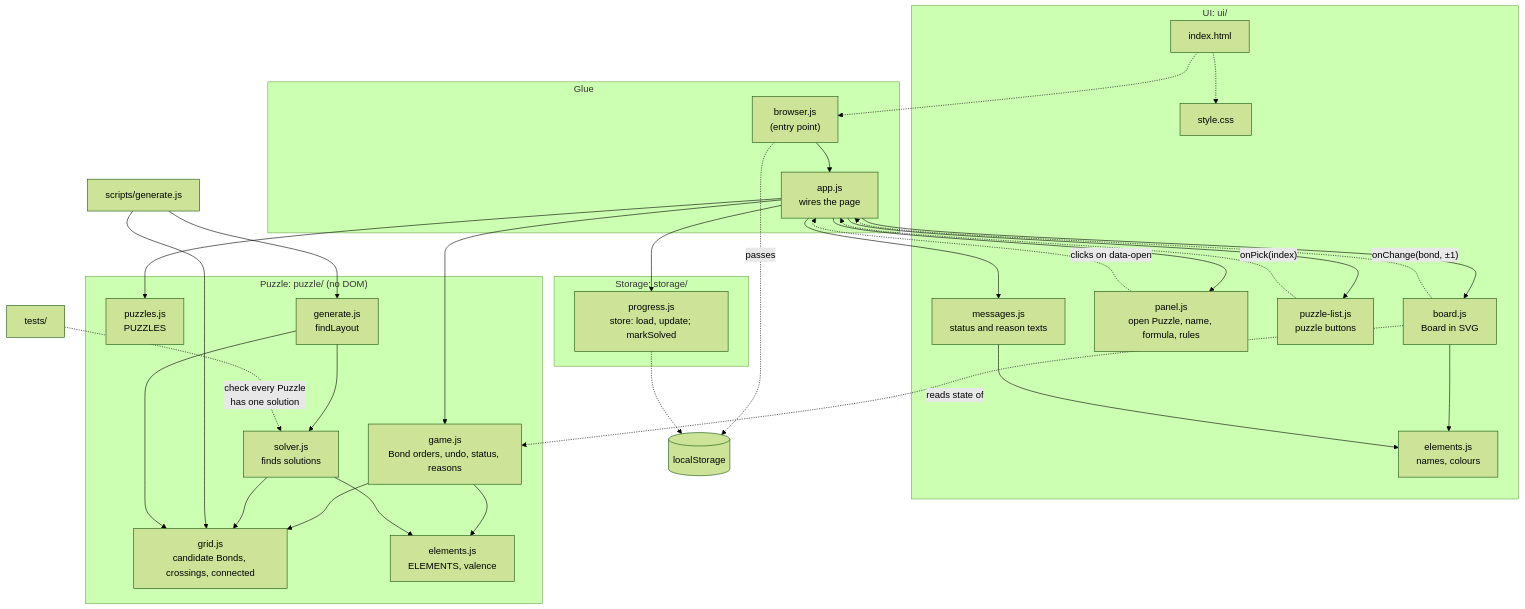
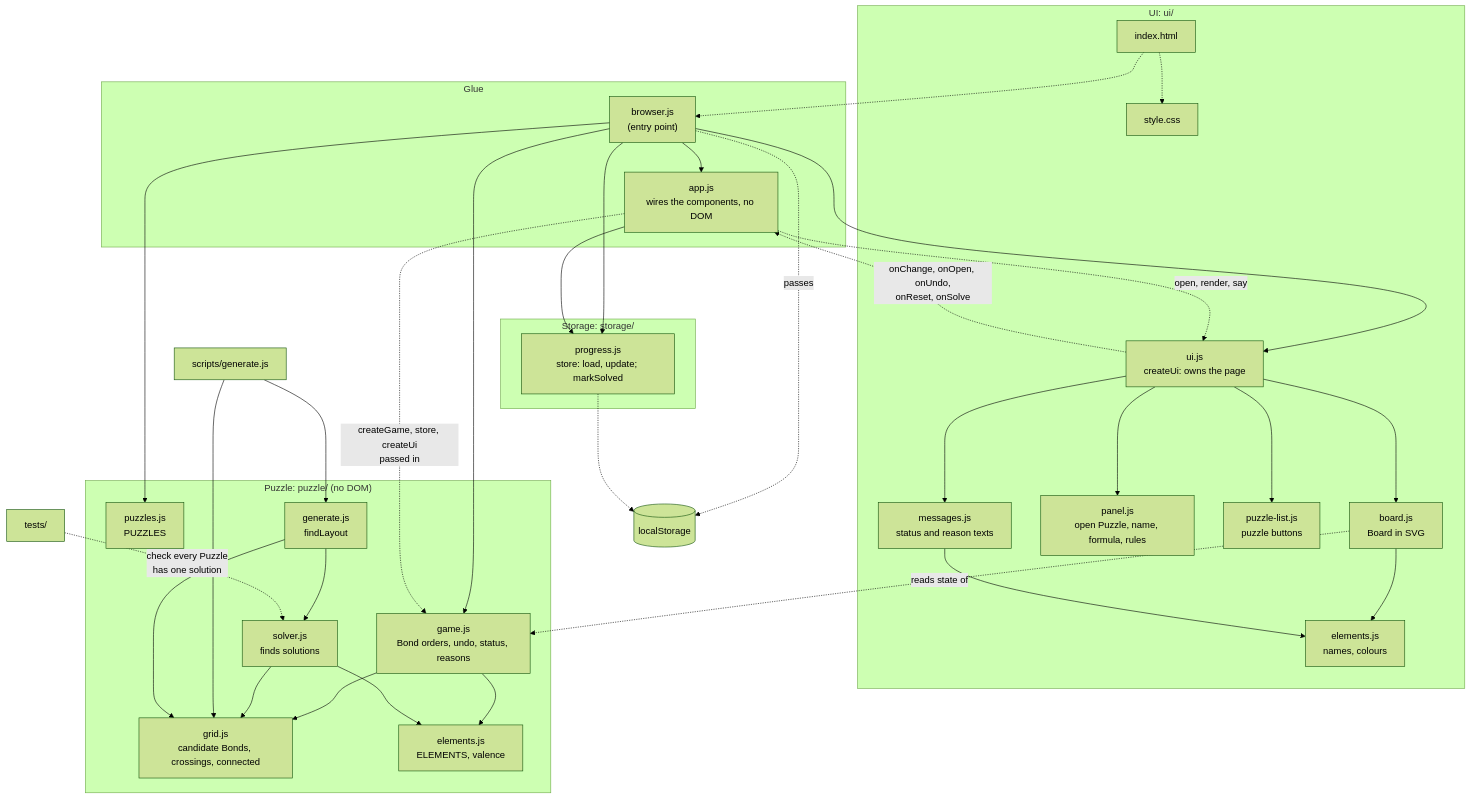
One commit to treetopbottle/molecuzzle changed the diagram in README.md. Above: the diagram before and after it, drawn with Mermaid (forest theme). The commit also changed other lines of this file and 4 other files, not shown here.

First line of the commit message:
feat: the UI as one component, createUi, and app.js as Glue with no DOM

````diff
--- a/README.md
+++ b/README.md
@@ -54,67 +54,70 @@
 ```mermaid
 flowchart TD
   subgraph glue["Glue"]
     browser["browser.js<br/>(entry point)"]
-    app["app.js<br/>wires the page"]
+    app["app.js<br/>wires the components, no DOM"]
   end
 
   subgraph ui["UI: ui/"]
     html["index.html"]
     css["style.css"]
+    uijs["ui.js<br/>createUi: owns the page"]
     board["board.js<br/>Board in SVG"]
     panel["panel.js<br/>open Puzzle, name, formula, rules"]
     list["puzzle-list.js<br/>puzzle buttons"]
     messages["messages.js<br/>status and reason texts"]
     looks["elements.js<br/>names, colours"]
   end
 
   subgraph puzzle["Puzzle: puzzle/ (no DOM)"]
     puzzles["puzzles.js<br/>PUZZLES"]
     game["game.js<br/>Bond orders, undo, status, reasons"]
     grid["grid.js<br/>candidate Bonds, crossings, connected"]
     solver["solver.js<br/>finds solutions"]
     gen["generate.js<br/>findLayout"]
     elements["elements.js<br/>ELEMENTS, valence"]
   end
 
   subgraph storage["Storage: storage/"]
     progress["progress.js<br/>store: load, update; markSolved"]
   end
 
   local[("localStorage")]
   generate["scripts/generate.js"]
   tests["tests/"]
 
   html -.-> css
   html -.-> browser
   browser --> app
+  browser --> puzzles
+  browser --> game
+  browser --> progress
+  browser --> uijs
   browser -. "passes" .-> local
 
-  app --> puzzles
-  app --> game
-  app --> board
-  app --> panel
-  app --> list
-  app --> messages
   app --> progress
+  app -. "createGame, store, createUi<br/>passed in" .-> game
+  app -. "open, render, say" .-> uijs
+  uijs -. "onChange, onOpen, onUndo,<br/>onReset, onSolve" .-> app
 
+  uijs --> board
+  uijs --> panel
+  uijs --> list
+  uijs --> messages
   board --> looks
   messages --> looks
-  board -. "onChange(bond, ±1)" .-> app
   board -. "reads state of" .-> game
-  list -. "onPick(index)" .-> app
-  panel -. "clicks on data-open" .-> app
 
   game --> elements
   game --> grid
   solver --> elements
   solver --> grid
 
   progress -.-> local
 
   generate --> gen
   generate --> grid
   gen --> grid
   gen --> solver
   tests -. "check every Puzzle<br/>has one solution" .-> solver
 ```
````
